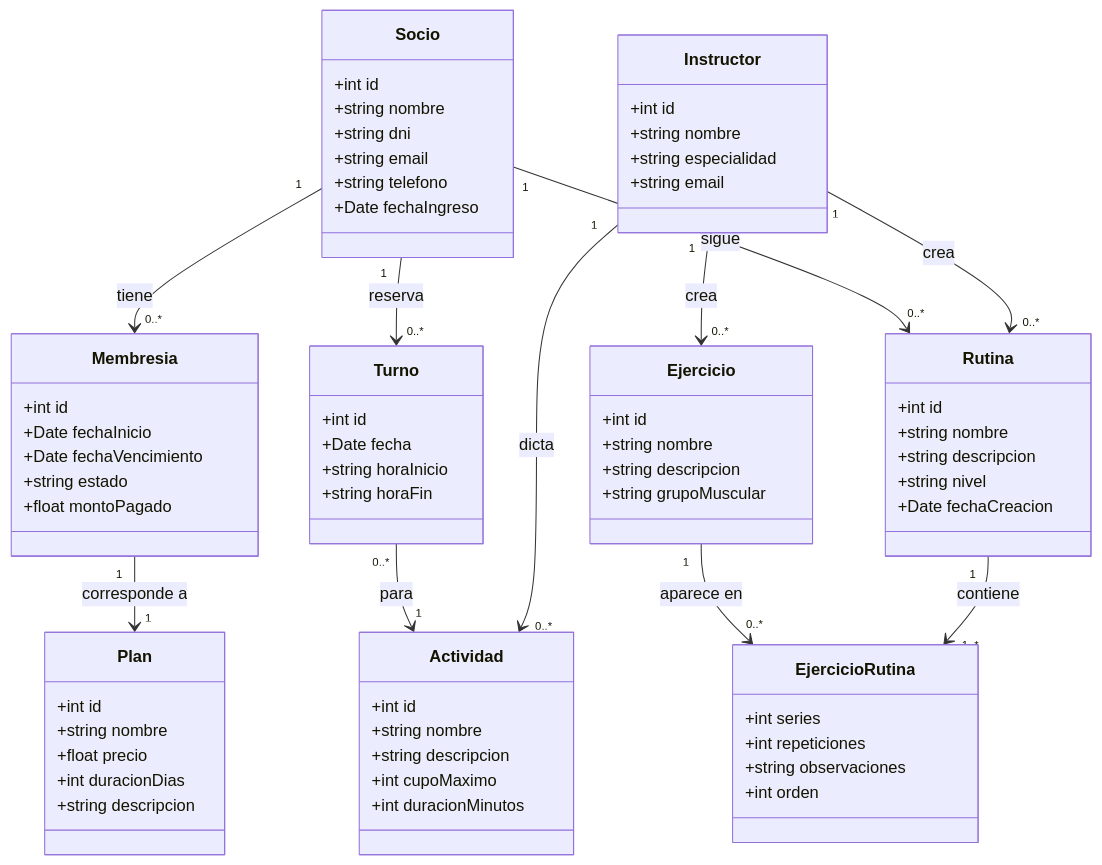
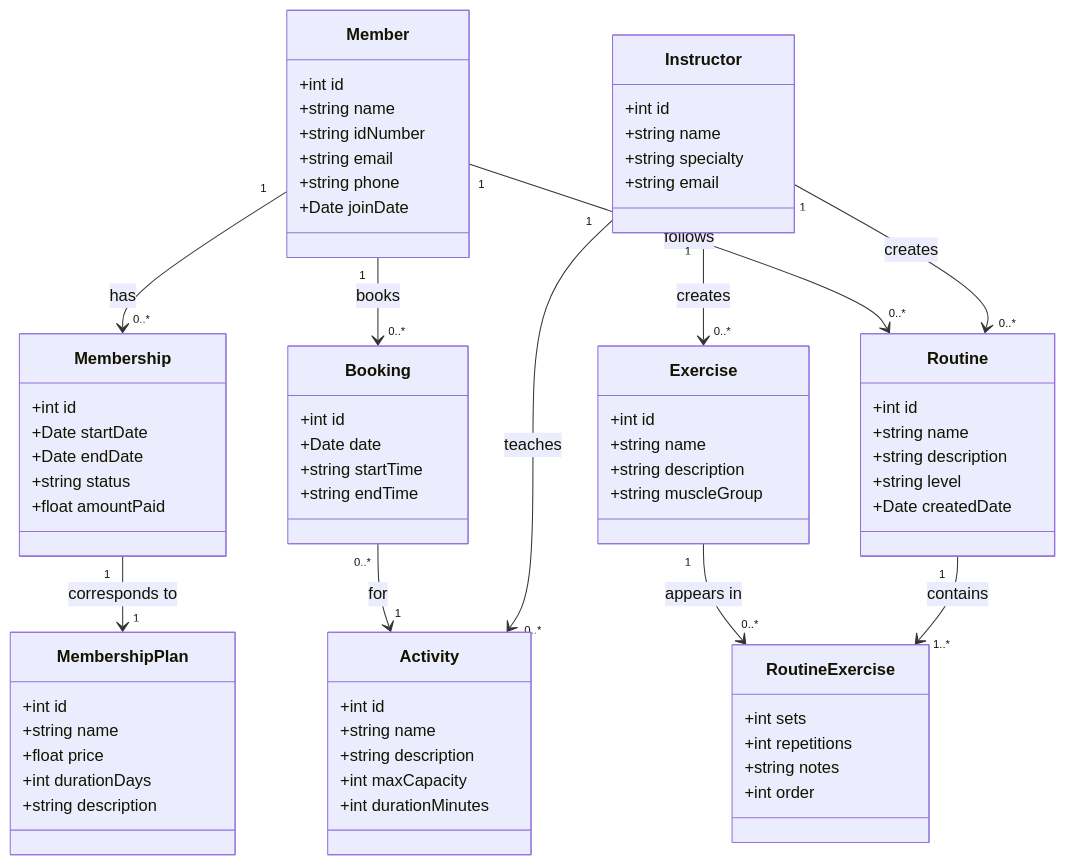
Before and after one commit to AlejoMistra/TP-DSW: the diagram in proposal.md, drawn with Mermaid.

Commit message:
Refactor class names and attributes in proposal.md for consistency and clarity

````diff
--- a/proposal.md
+++ b/proposal.md
@@ -31,90 +31,90 @@
 ```mermaid
 classDiagram
 
-class Socio {
+class Member {
   +int id
-  +string nombre
-  +string dni
+  +string name
+  +string idNumber
   +string email
-  +string telefono
-  +Date fechaIngreso
+  +string phone
+  +Date joinDate
 }
 
-class Plan {
+class MembershipPlan {
   +int id
-  +string nombre
-  +float precio
-  +int duracionDias
-  +string descripcion
+  +string name
+  +float price
+  +int durationDays
+  +string description
 }
 
-class Membresia {
+class Membership {
   +int id
-  +Date fechaInicio
-  +Date fechaVencimiento
-  +string estado
-  +float montoPagado
+  +Date startDate
+  +Date endDate
+  +string status
+  +float amountPaid
 }
 
-class Actividad {
+class Activity {
   +int id
-  +string nombre
-  +string descripcion
-  +int cupoMaximo
-  +int duracionMinutos
+  +string name
+  +string description
+  +int maxCapacity
+  +int durationMinutes
 }
 
 class Instructor {
   +int id
-  +string nombre
-  +string especialidad
+  +string name
+  +string specialty
   +string email
 }
 
-class Rutina {
+class Routine {
   +int id
-  +string nombre
-  +string descripcion
-  +string nivel
-  +Date fechaCreacion
+  +string name
+  +string description
+  +string level
+  +Date createdDate
 }
 
-class Ejercicio {
+class Exercise {
   +int id
-  +string nombre
-  +string descripcion
-  +string grupoMuscular
+  +string name
+  +string description
+  +string muscleGroup
 }
 
-class EjercicioRutina {
-  +int series
-  +int repeticiones
-  +string observaciones
-  +int orden
+class RoutineExercise {
+  +int sets
+  +int repetitions
+  +string notes
+  +int order
 }
 
-class Turno {
+class Booking {
   +int id
-  +Date fecha
-  +string horaInicio
-  +string horaFin
+  +Date date
+  +string startTime
+  +string endTime
 }
 
-%% RELACIONES
+%% RELATIONSHIPS
 
-Ejercicio "1" --> "0..*" EjercicioRutina : aparece en
+Exercise "1" --> "0..*" RoutineExercise : appears in
 
-Socio "1" --> "0..*" Membresia : tiene
-Membresia "1" --> "1" Plan : corresponde a
+Member "1" --> "0..*" Membership : has
+Membership "1" --> "1" MembershipPlan : corresponds to
 
-Socio "1" --> "0..*" Turno : reserva
-Turno "0..*" --> "1" Actividad : para
+Member "1" --> "0..*" Booking : books
+Booking "0..*" --> "1" Activity : for
 
-Instructor "1" --> "0..*" Actividad : dicta
+Instructor "1" --> "0..*" Activity : teaches
 
-Socio "1" --> "0..*" Rutina : sigue
-Rutina "1" --> "1..*" EjercicioRutina : contiene
+Member "1" --> "0..*" Routine : follows
+Routine "1" --> "1..*" RoutineExercise : contains
 
-Instructor "1" --> "0..*" Rutina : crea
-Instructor "1" --> "0..*" Ejercicio : crea
+Instructor "1" --> "0..*" Routine : creates
+Instructor "1" --> "0..*" Exercise : creates
 ```
````
